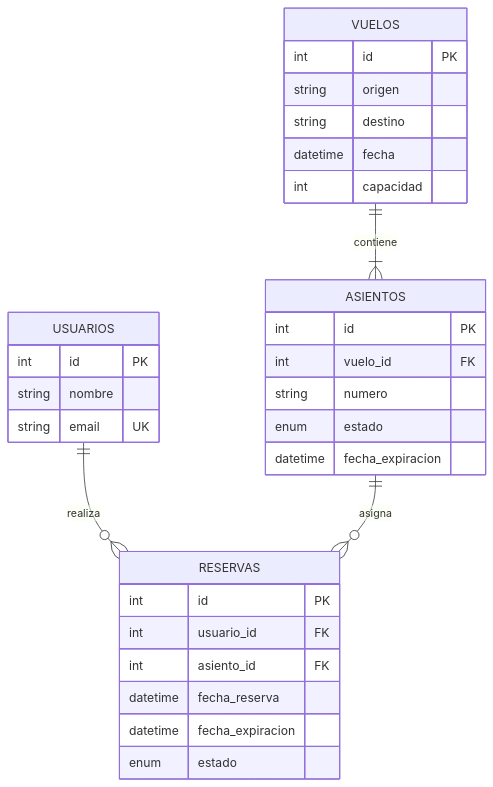
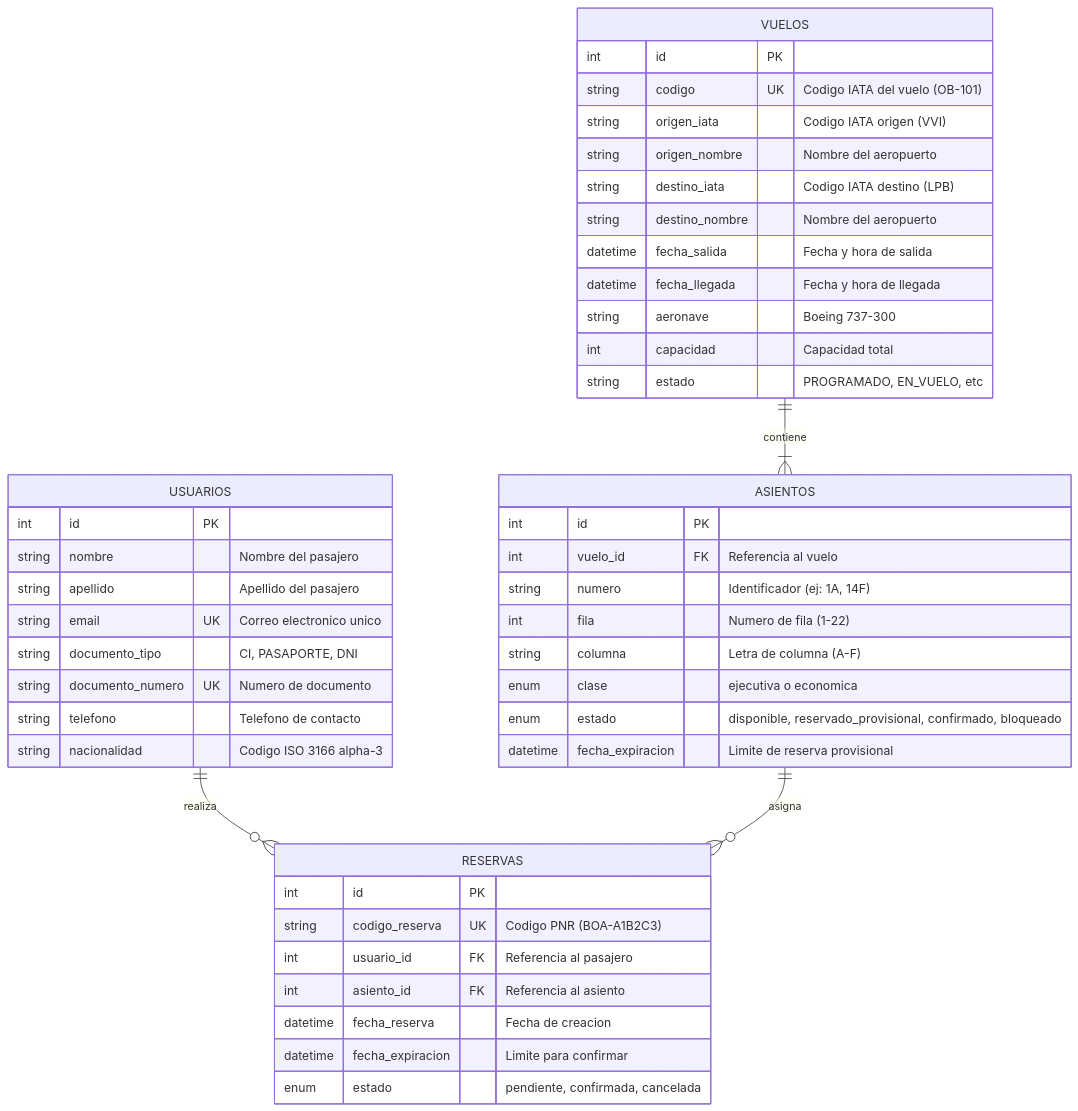
The diagram in docs/diagrama_er.md (ipinaya-code/empresarial), drawn with Mermaid before and after one commit. The commit also changed other lines of this file and 61 other files, not shown here.

````diff
--- a/docs/diagrama_er.md
+++ b/docs/diagrama_er.md
@@ -3,37 +5,52 @@
 ```mermaid
 erDiagram
-    USUARIOS ||--o{ RESERVAS : realiza
-    VUELOS ||--|{ ASIENTOS : contiene
-    ASIENTOS ||--o{ RESERVAS : asigna
+    USUARIOS ||--o{ RESERVAS : "realiza"
+    VUELOS ||--|{ ASIENTOS : "contiene"
+    ASIENTOS ||--o{ RESERVAS : "asigna"
 
     USUARIOS {
         int id PK
-        string nombre
-        string email UK
+        string nombre "Nombre del pasajero"
+        string apellido "Apellido del pasajero"
+        string email UK "Correo electronico unico"
+        string documento_tipo "CI, PASAPORTE, DNI"
+        string documento_numero UK "Numero de documento"
+        string telefono "Telefono de contacto"
+        string nacionalidad "Codigo ISO 3166 alpha-3"
     }
 
     VUELOS {
         int id PK
-        string origen
-        string destino
-        datetime fecha
-        int capacidad
+        string codigo UK "Codigo IATA del vuelo (OB-101)"
+        string origen_iata "Codigo IATA origen (VVI)"
+        string origen_nombre "Nombre del aeropuerto"
+        string destino_iata "Codigo IATA destino (LPB)"
+        string destino_nombre "Nombre del aeropuerto"
+        datetime fecha_salida "Fecha y hora de salida"
+        datetime fecha_llegada "Fecha y hora de llegada"
+        string aeronave "Boeing 737-300"
+        int capacidad "Capacidad total"
+        string estado "PROGRAMADO, EN_VUELO, etc"
     }
 
     ASIENTOS {
         int id PK
-        int vuelo_id FK
-        string numero
-        enum estado
-        datetime fecha_expiracion
+        int vuelo_id FK "Referencia al vuelo"
+        string numero "Identificador (ej: 1A, 14F)"
+        int fila "Numero de fila (1-22)"
+        string columna "Letra de columna (A-F)"
+        enum clase "ejecutiva o economica"
+        enum estado "disponible, reservado_provisional, confirmado, bloqueado"
+        datetime fecha_expiracion "Limite de reserva provisional"
     }
 
     RESERVAS {
         int id PK
-        int usuario_id FK
-        int asiento_id FK
-        datetime fecha_reserva
-        datetime fecha_expiracion
-        enum estado
+        string codigo_reserva UK "Codigo PNR (BOA-A1B2C3)"
+        int usuario_id FK "Referencia al pasajero"
+        int asiento_id FK "Referencia al asiento"
+        datetime fecha_reserva "Fecha de creacion"
+        datetime fecha_expiracion "Limite para confirmar"
+        enum estado "pendiente, confirmada, cancelada"
     }
 ```
````
